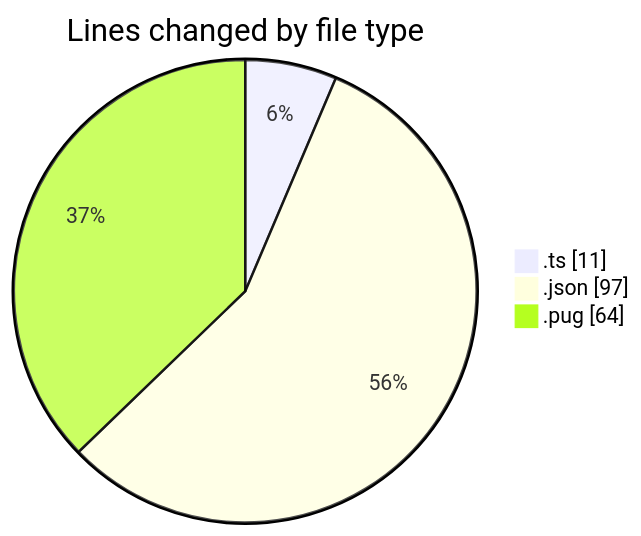
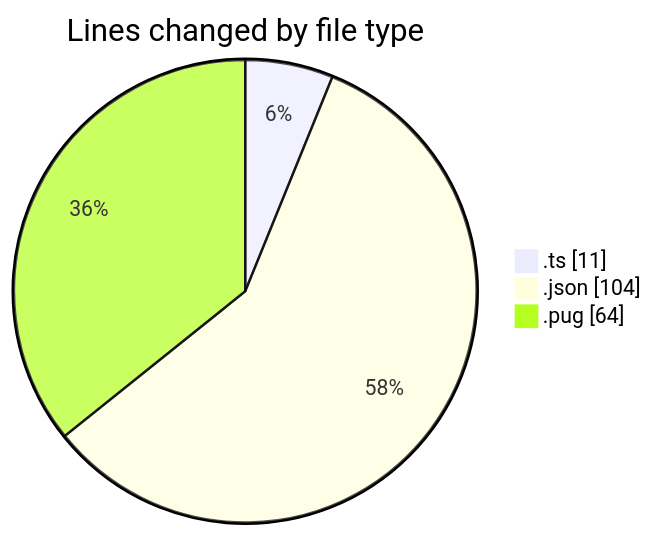
Before and after one commit to momahboobian/code-tracking: the first of 2 diagrams in 2025-02-24/cda/README.md, drawn with Mermaid. The commit also changed other lines of this file and 1 other file, not shown here.

````diff
--- a/2025-02-24/cda/README.md
+++ b/2025-02-24/cda/README.md
@@ -26,7 +26,7 @@
 ```mermaid
 pie showData
 title Lines changed by file type
 ".ts" : 11
-".json" : 97
+".json" : 104
 ".pug" : 64
 ```
````
